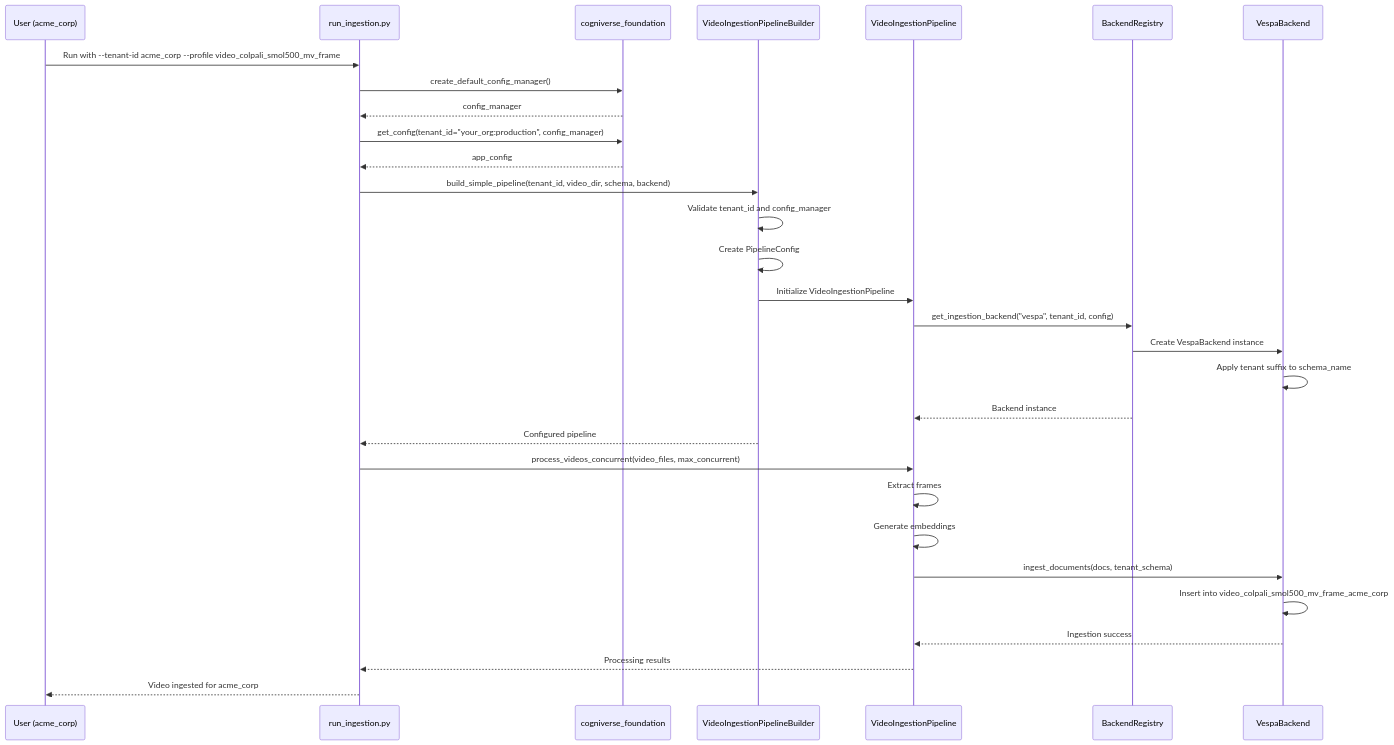
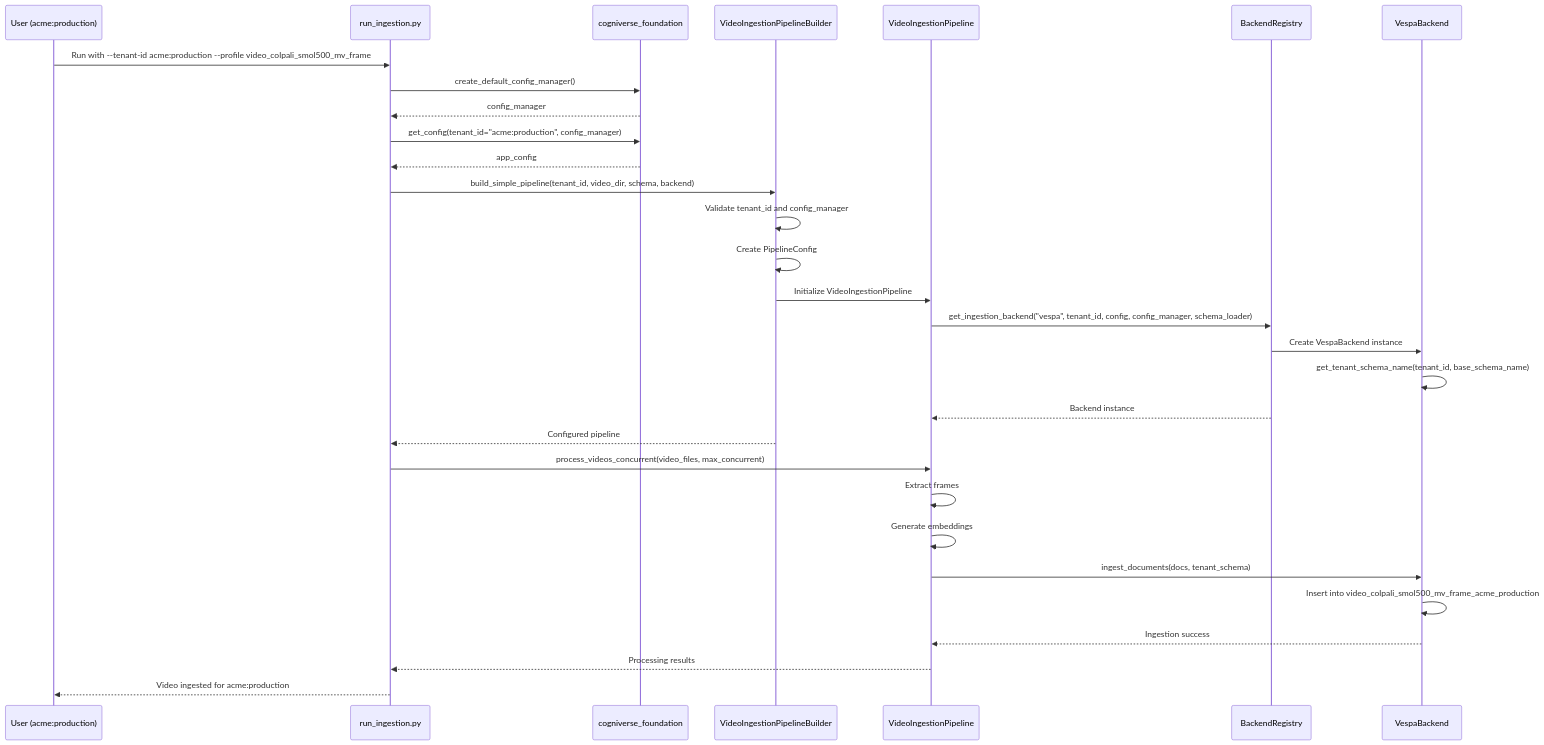
Before and after one commit to amit-jain/cogniverse: the seventh of 21 diagrams in docs/diagrams/multi-tenant-diagrams.md, drawn with Mermaid. The commit also changed other lines of this file and 50 other files, not shown here.

First line of the commit message:
Complete and verify docs against code with mermaid palette

````diff
--- a/docs/diagrams/multi-tenant-diagrams.md
+++ b/docs/diagrams/multi-tenant-diagrams.md
@@ -310,38 +321,38 @@
 ```mermaid
 sequenceDiagram
-    participant User as User (acme_corp)
+    participant User as User (acme:production)
     participant Script as run_ingestion.py
     participant Foundation as cogniverse_foundation
     participant Builder as VideoIngestionPipelineBuilder
     participant Pipeline as VideoIngestionPipeline
     participant Registry as BackendRegistry
     participant Vespa as VespaBackend
 
-    User->>Script: Run with --tenant-id acme_corp --profile video_colpali_smol500_mv_frame
+    User->>Script: Run with --tenant-id acme:production --profile video_colpali_smol500_mv_frame
 
     Script->>Foundation: create_default_config_manager()
     Foundation-->>Script: config_manager
 
-    Script->>Foundation: get_config(tenant_id="your_org:production", config_manager)
+    Script->>Foundation: get_config(tenant_id="acme:production", config_manager)
     Foundation-->>Script: app_config
 
     Script->>Builder: build_simple_pipeline(tenant_id, video_dir, schema, backend)
     Builder->>Builder: Validate tenant_id and config_manager
     Builder->>Builder: Create PipelineConfig
     Builder->>Pipeline: Initialize VideoIngestionPipeline
-    Pipeline->>Registry: get_ingestion_backend("vespa", tenant_id, config)
+    Pipeline->>Registry: get_ingestion_backend("vespa", tenant_id, config, config_manager, schema_loader)
     Registry->>Vespa: Create VespaBackend instance
-    Vespa->>Vespa: Apply tenant suffix to schema_name
+    Vespa->>Vespa: get_tenant_schema_name(tenant_id, base_schema_name)
     Registry-->>Pipeline: Backend instance
     Builder-->>Script: Configured pipeline
 
     Script->>Pipeline: process_videos_concurrent(video_files, max_concurrent)
     Pipeline->>Pipeline: Extract frames
     Pipeline->>Pipeline: Generate embeddings
     Pipeline->>Vespa: ingest_documents(docs, tenant_schema)
-    Vespa->>Vespa: Insert into video_colpali_smol500_mv_frame_acme_corp
+    Vespa->>Vespa: Insert into video_colpali_smol500_mv_frame_acme_production
     Vespa-->>Pipeline: Ingestion success
 
     Pipeline-->>Script: Processing results
-    Script-->>User: Video ingested for acme_corp
+    Script-->>User: Video ingested for acme:production
 ```
````
